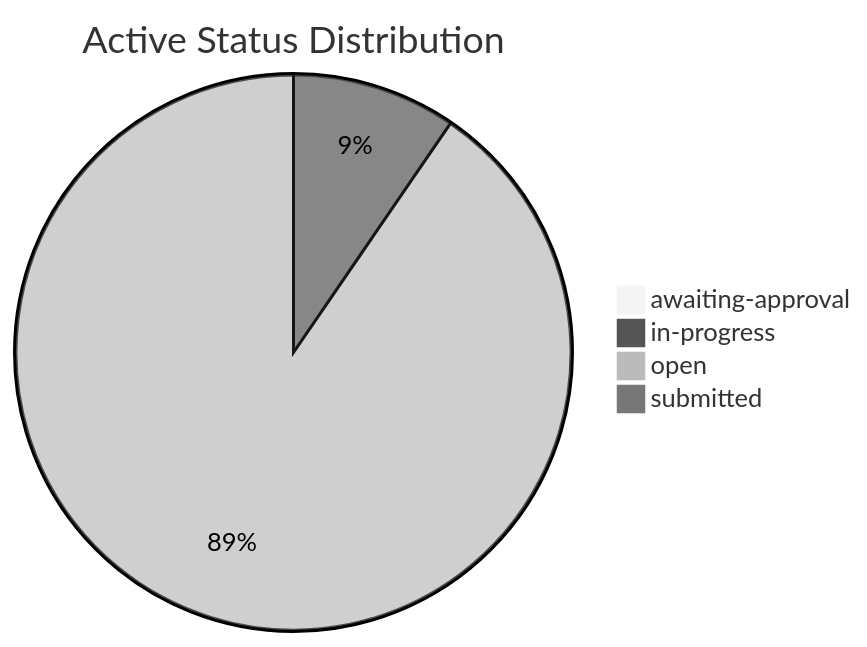
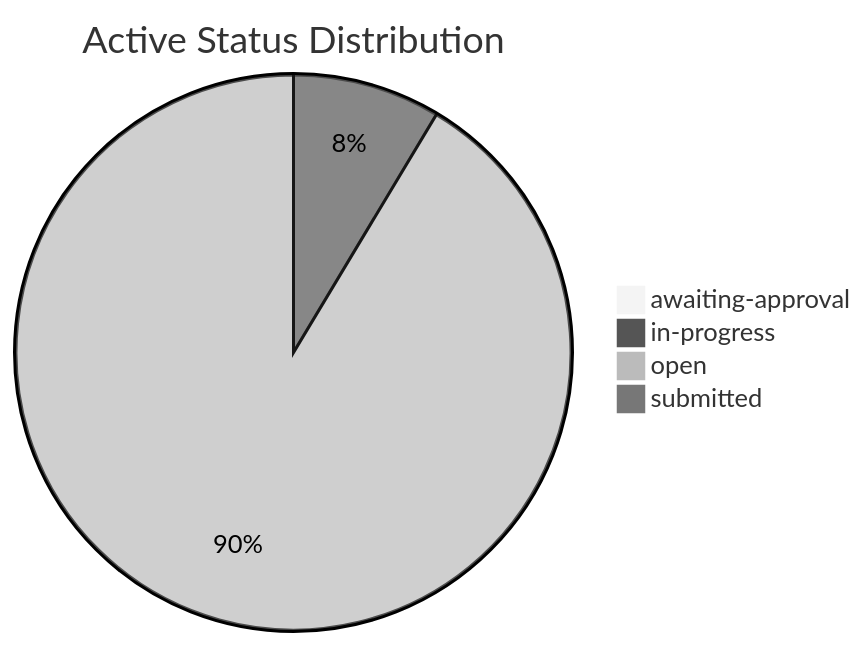
The second of 3 diagrams in dashboard.md (mgosal/5et.uk), drawn with Mermaid (neutral theme) before and after one commit. The commit also changed other lines of this file and 3 other files, not shown here.

````diff
--- a/dashboard.md
+++ b/dashboard.md
@@ -202,7 +308,7 @@
 ```mermaid
 pie title Active Status Distribution
     "awaiting-approval" : 1
     "in-progress" : 13
-    "open" : 123
+    "open" : 138
     "submitted" : 1
 ```
````
